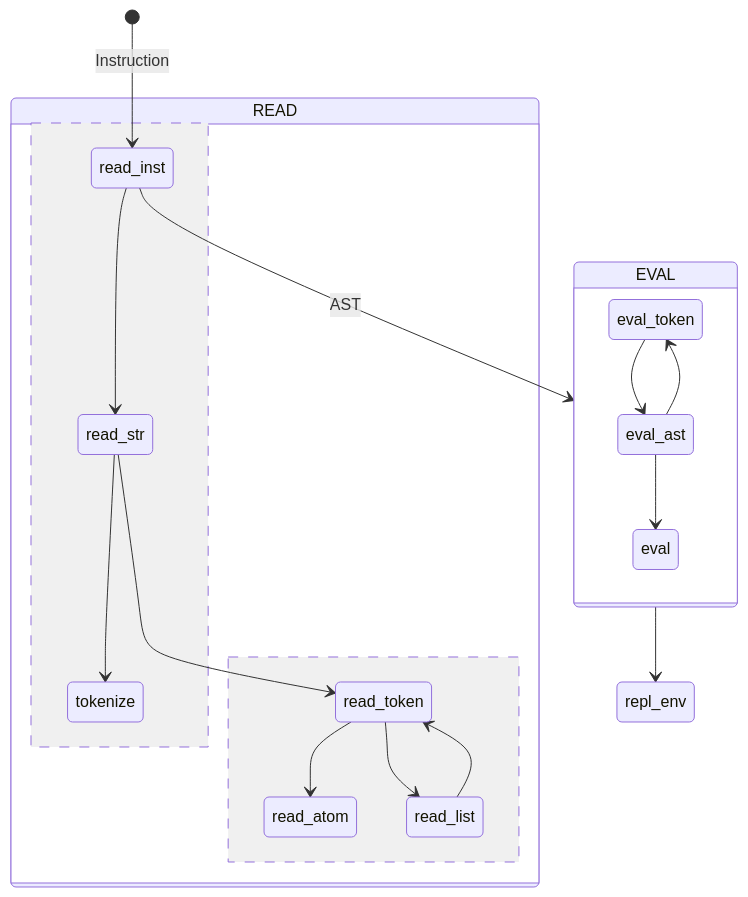
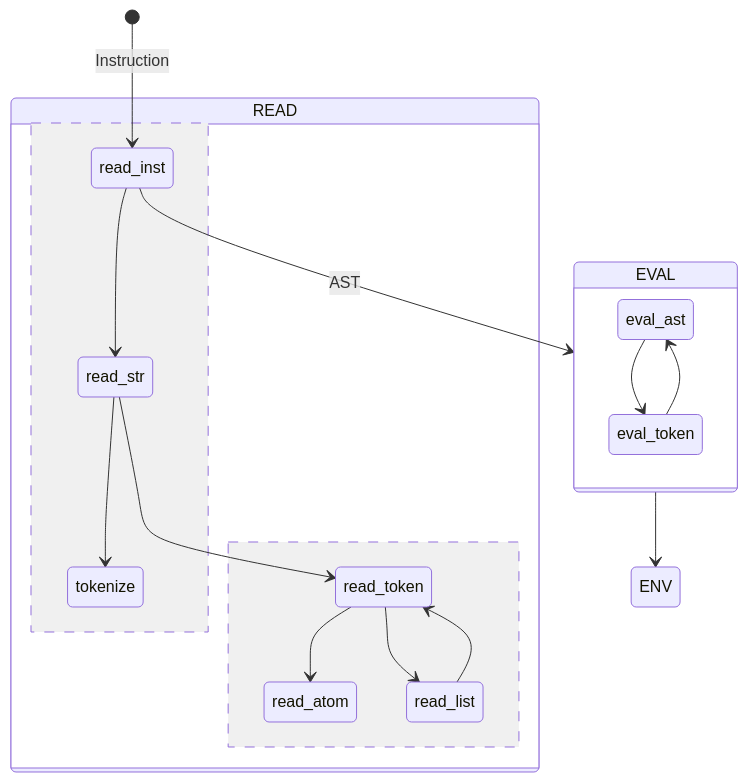
The third of 3 diagrams in doc/architecture.md (ldcas-uc3m/TFG), drawn with Mermaid before and after one commit. The commit also changed other lines of this file and 15 other files, not shown here.

````diff
--- a/doc/architecture.md
+++ b/doc/architecture.md
@@ -149,27 +149,26 @@
 ``` mermaid
 stateDiagram-v2
 
     [*] --> read_inst: Instruction
 
     state READ {
         read_inst --> read_str
         read_str --> tokenize
         read_str --> read_token
 
         --
 
         read_token --> read_atom
         read_token --> read_list
         read_list --> read_token
     }
 
     read_inst --> EVAL: AST
 
     state EVAL {
+        eval_ast --> eval_token
         eval_token --> eval_ast
-        eval_ast --> eval_token
-        eval_ast --> eval
     }
 
-    EVAL --> repl_env
+    EVAL --> ENV
 ```
````
